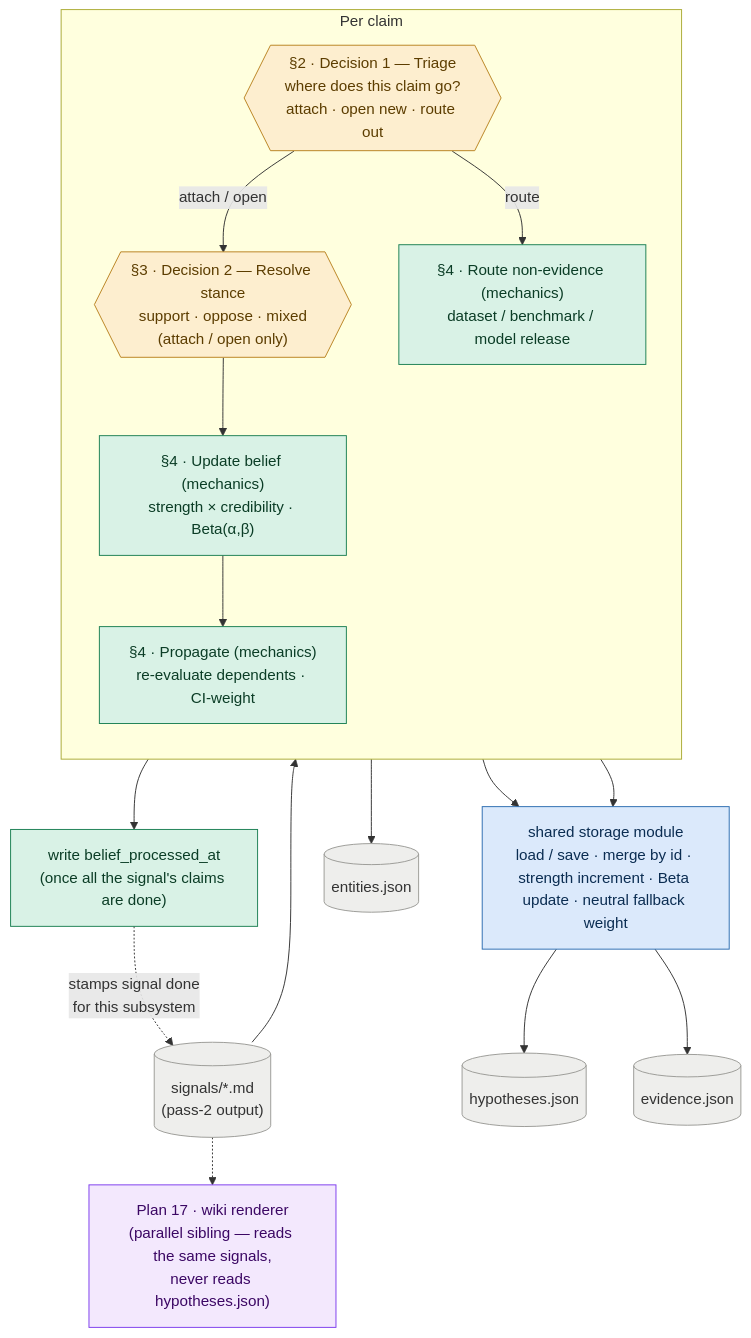
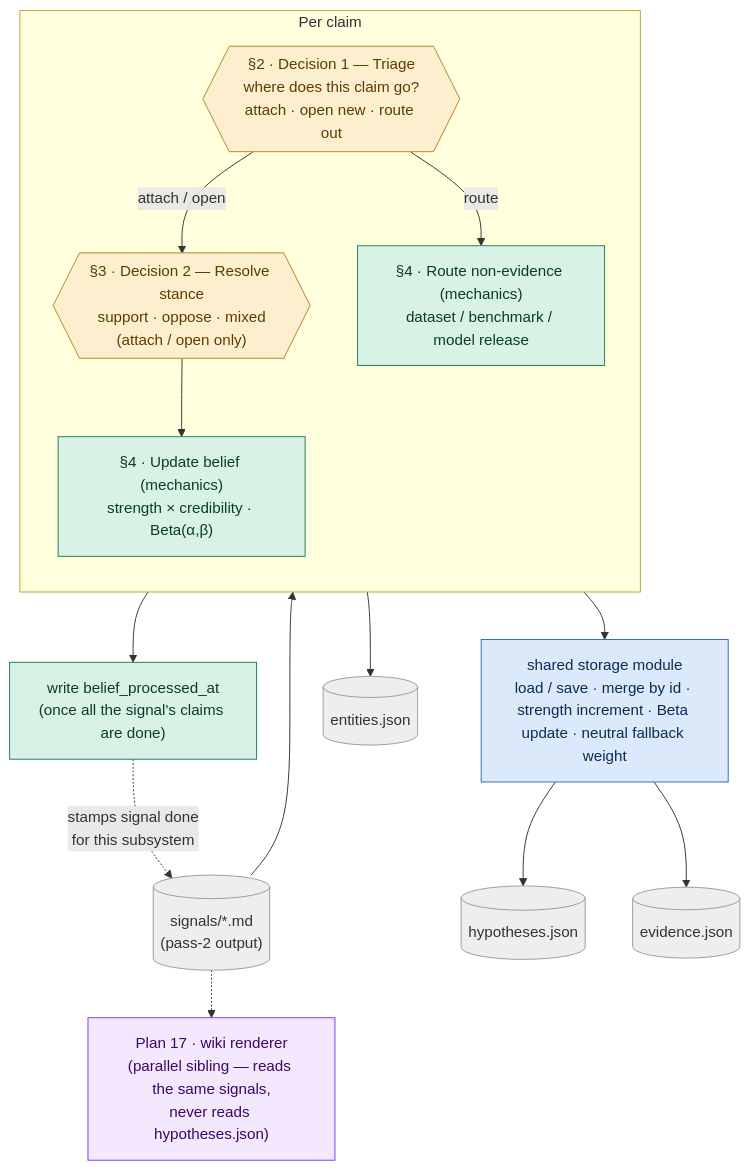
The diagram in docs/planning/backlog/9_knowledge_update_loop.md (jmamath/distill), drawn with Mermaid before and after one commit. The commit also changed other lines of this file and 7 other files, not shown here.

````diff
--- a/docs/planning/backlog/9_knowledge_update_loop.md
+++ b/docs/planning/backlog/9_knowledge_update_loop.md
@@ -28,37 +28,35 @@
 ```mermaid
 flowchart TB
     sig[("signals/*.md<br/>(pass-2 output)")]:::data
 
     subgraph perclaim["Per claim"]
         direction TB
         d1{{"§2 · Decision 1 — Triage<br/>where does this claim go?<br/>attach · open new · route out"}}:::llm
         d2{{"§3 · Decision 2 — Resolve stance<br/>support · oppose · mixed<br/>(attach / open only)"}}:::llm
         belief["§4 · Update belief (mechanics)<br/>strength × credibility · Beta(α,β)"]:::det
-        prop["§4 · Propagate (mechanics)<br/>re-evaluate dependents · CI-weight"]:::det
         route["§4 · Route non-evidence (mechanics)<br/>dataset / benchmark / model release"]:::det
     end
 
     store["shared storage module<br/>load / save · merge by id · strength increment · Beta update · neutral fallback weight"]:::store
     done["write belief_processed_at<br/>(once all the signal's claims are done)"]:::det
 
     sig --> d1
     d1 -->|attach / open| d2
     d1 -->|route| route
-    d2 --> belief --> prop
+    d2 --> belief
     belief --> store
-    prop --> store
     store --> hyp[("hypotheses.json")]:::data
     store --> ev[("evidence.json")]:::data
     route --> ent[("entities.json")]:::data
     perclaim --> done
     done -. "stamps signal done<br/>for this subsystem" .-> sig
 
     renderer["Plan 17 · wiki renderer<br/>(parallel sibling — reads the same signals,<br/>never reads hypotheses.json)"]:::ext
     sig -.-> renderer
 
     classDef llm fill:#fdeecf,stroke:#b9821f,color:#5c3d00;
     classDef det fill:#d9f2e6,stroke:#1a7f52,color:#0b3d26;
     classDef store fill:#dbe9fb,stroke:#2b6cb0,color:#0b2d52;
     classDef data fill:#eeeeec,stroke:#9a9a96,color:#333333;
     classDef ext fill:#f3e8fd,stroke:#7c3aed,color:#3b0764;
 ```
````
